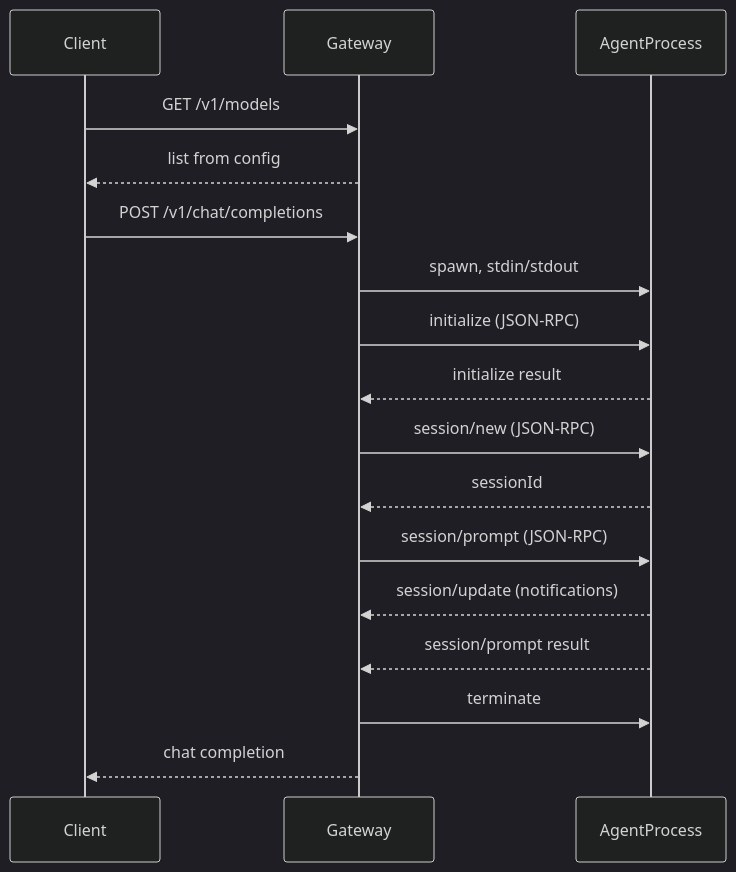
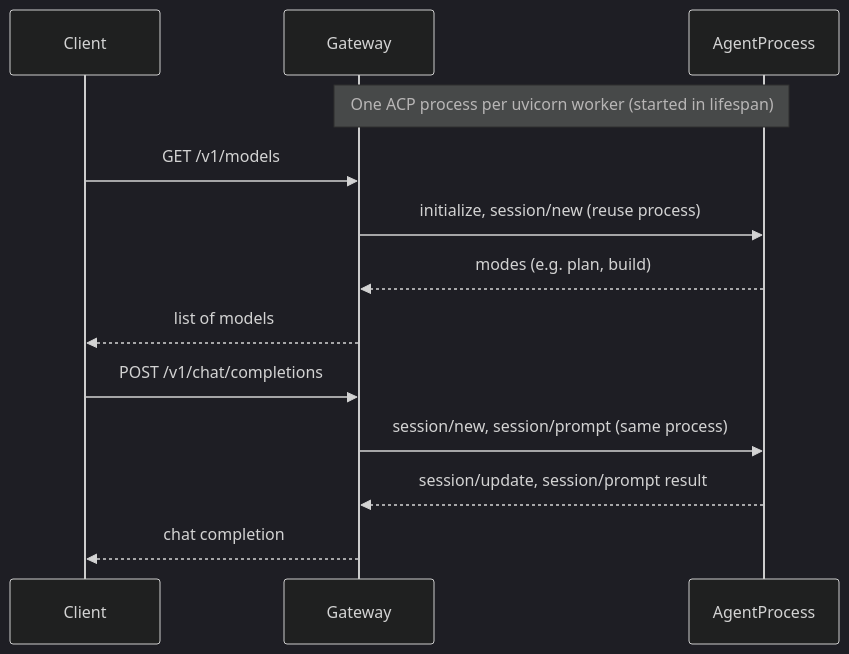
One commit to EvilFreelancer/acpbox changed the diagram in README.md. Above: the diagram before and after it, drawn with Mermaid (dark theme). The commit also changed other lines of this file and 20 other files, not shown here.

````diff
--- a/README.md
+++ b/README.md
@@ -21,21 +21,17 @@
 ```mermaid
 sequenceDiagram
     participant Client
     participant Gateway
     participant AgentProcess
 
+    Note over Gateway,AgentProcess: One ACP process per uvicorn worker (started in lifespan)
     Client->>Gateway: GET /v1/models
-    Gateway-->>Client: list from config
+    Gateway->>AgentProcess: initialize, session/new (reuse process)
+    AgentProcess-->>Gateway: modes (e.g. plan, build)
+    Gateway-->>Client: list of models
 
     Client->>Gateway: POST /v1/chat/completions
-    Gateway->>AgentProcess: spawn, stdin/stdout
-    Gateway->>AgentProcess: initialize (JSON-RPC)
-    AgentProcess-->>Gateway: initialize result
-    Gateway->>AgentProcess: session/new (JSON-RPC)
-    AgentProcess-->>Gateway: sessionId
-    Gateway->>AgentProcess: session/prompt (JSON-RPC)
-    AgentProcess-->>Gateway: session/update (notifications)
-    AgentProcess-->>Gateway: session/prompt result
-    Gateway->>AgentProcess: terminate
+    Gateway->>AgentProcess: session/new, session/prompt (same process)
+    AgentProcess-->>Gateway: session/update, session/prompt result
     Gateway-->>Client: chat completion
 ```
````
